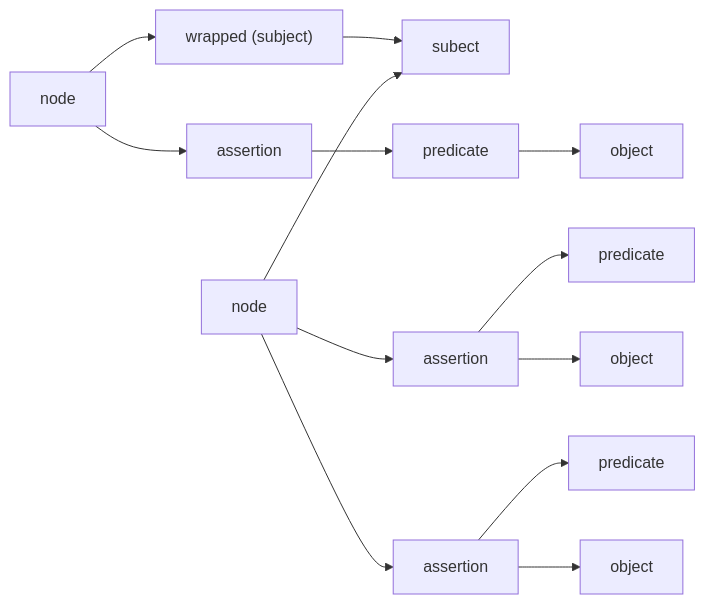
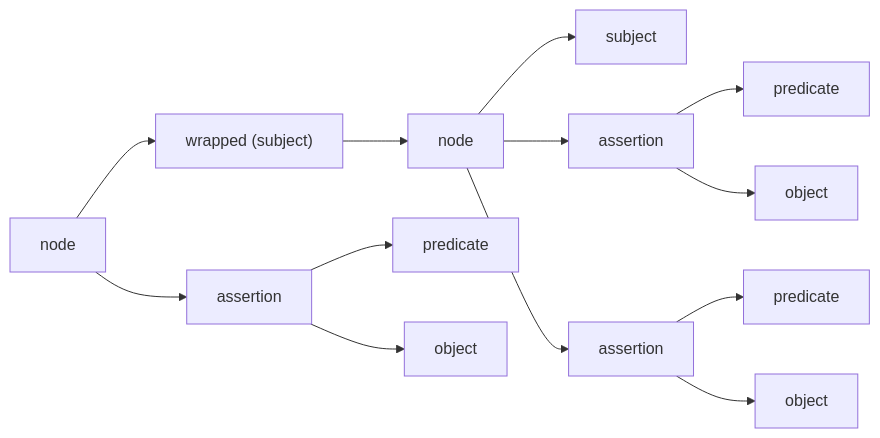
The third of 3 diagrams in docs/attachments.md (zingolabs/zmigrate), drawn with Mermaid before and after one commit. The commit also changed other lines of this file, not shown here.

````diff
--- a/docs/attachments.md
+++ b/docs/attachments.md
@@ -89,29 +89,29 @@
 ```mermaid
 graph LR
     1["node"]
-    2["subect"]
+    2["subject"]
     3["assertion"]
     4["predicate"]
     5["object"]
     6["assertion"]
     7["predicate"]
     8["object"]
     W1["node"]
     W2["wrapped (subject)"]
     W3["assertion"]
     W4["predicate"]
     W5["object"]
 
     W1 --> W2
-    W2 --> 2
+    W2 --> 1
     W1 --> W3
     W3 --> W4
-    W4 --> W5
+    W3 --> W5
     1 --> 2
     1 --> 3
     3 --> 4
     3 --> 5
     1 --> 6
     6 --> 7
     6 --> 8
 ```
````
